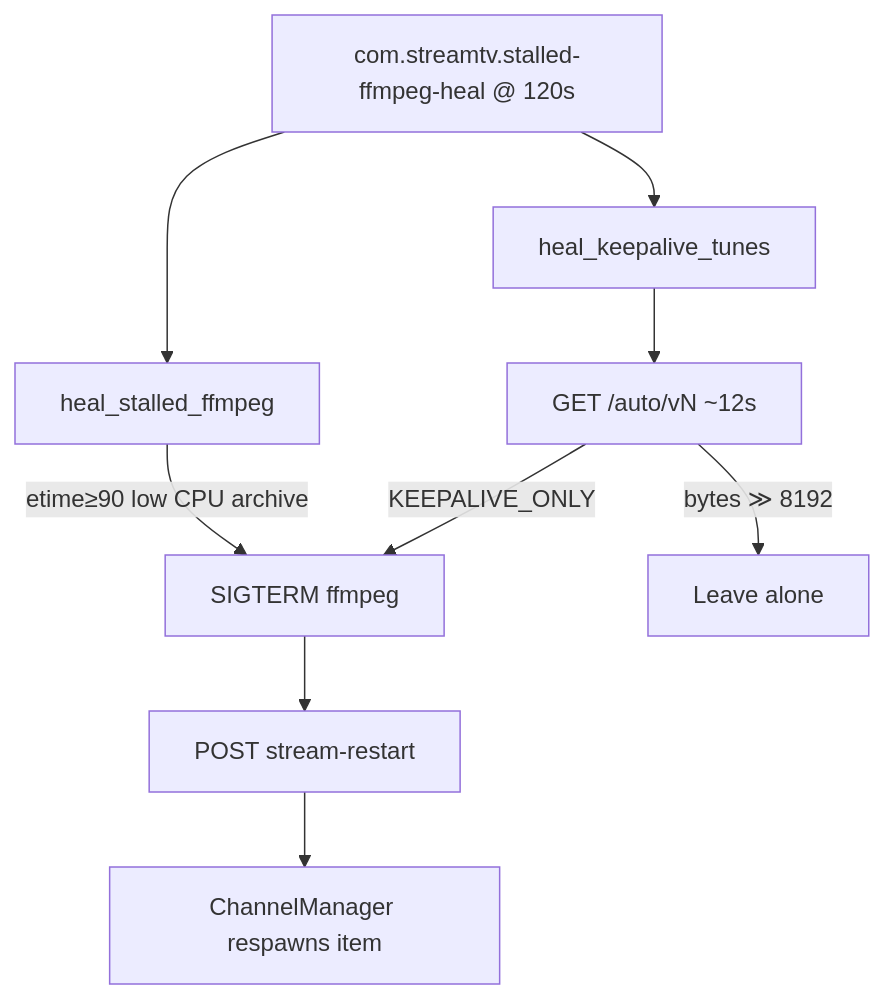
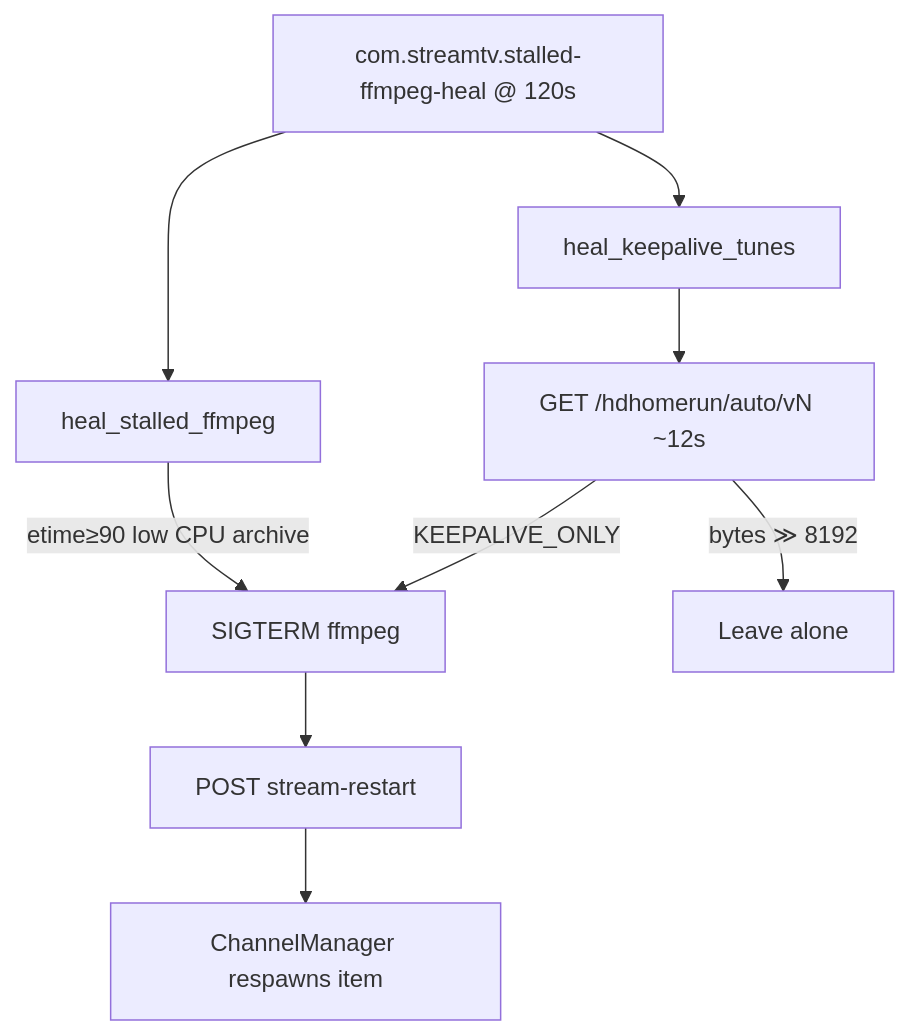
Before and after one commit to roto31/StreamTV: the second of 3 diagrams in docs/guides/ARCHIVE_PROBE_RETRY_KEEPALIVE.md, drawn with Mermaid. The commit also changed other lines of this file and 13 other files, not shown here.

````diff
--- a/docs/guides/ARCHIVE_PROBE_RETRY_KEEPALIVE.md
+++ b/docs/guides/ARCHIVE_PROBE_RETRY_KEEPALIVE.md
@@ -54,11 +54,11 @@
 ```mermaid
 flowchart TD
   LA[com.streamtv.stalled-ffmpeg-heal @ 120s] --> H1[heal_stalled_ffmpeg]
   H1 -->|etime≥90 low CPU archive| Kill[SIGTERM ffmpeg]
   LA --> H2[heal_keepalive_tunes]
-  H2 --> Sample[GET /auto/vN ~12s]
+  H2 --> Sample[GET /hdhomerun/auto/vN ~12s]
   Sample -->|bytes ≫ 8192| OK[Leave alone]
   Sample -->|KEEPALIVE_ONLY| Kill
   Kill --> Soft[POST stream-restart]
   Soft --> CM[ChannelManager respawns item]
 ```
````
